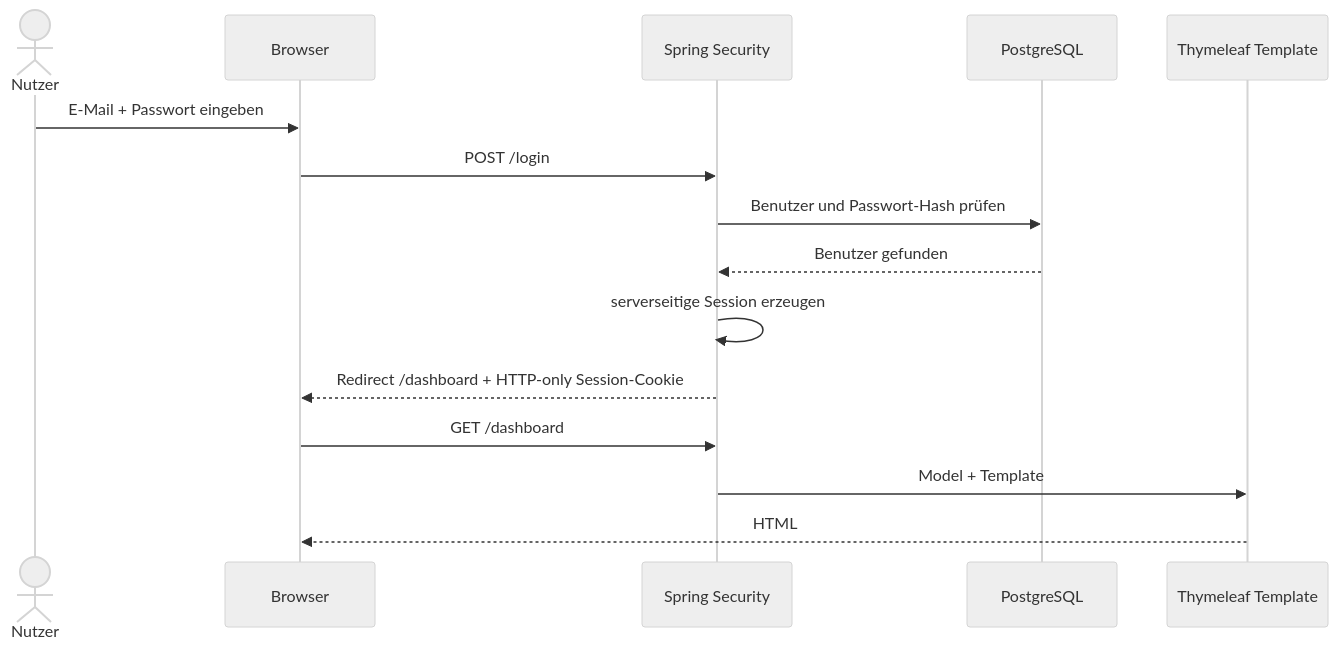
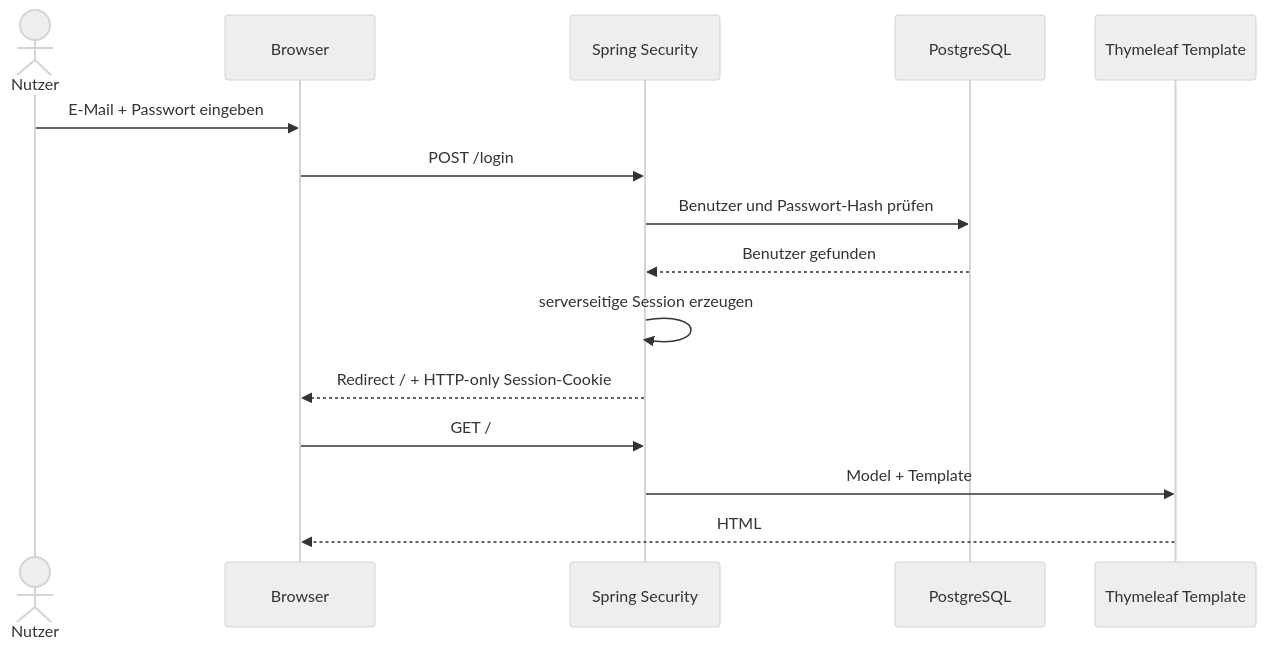
Before and after one commit to Bunyamin0101/WK_1106_CampusSplit: the second of 4 diagrams in Architektur/A08-cross-cutting-concepts.md, drawn with Mermaid (neutral theme). The commit also changed other lines of this file and 2 other files, not shown here.

Commit message:
docs(architecture): align building blocks and runtime with implementation

````diff
--- a/Architektur/A08-cross-cutting-concepts.md
+++ b/Architektur/A08-cross-cutting-concepts.md
@@ -81,18 +81,18 @@
 ```mermaid
 sequenceDiagram
     actor Nutzer
     participant Browser
     participant Security as Spring Security
     participant DB as PostgreSQL
     participant View as Thymeleaf Template
 
     Nutzer->>Browser: E-Mail + Passwort eingeben
     Browser->>Security: POST /login
     Security->>DB: Benutzer und Passwort-Hash prüfen
     DB-->>Security: Benutzer gefunden
     Security->>Security: serverseitige Session erzeugen
-    Security-->>Browser: Redirect /dashboard + HTTP-only Session-Cookie
-    Browser->>Security: GET /dashboard
+    Security-->>Browser: Redirect / + HTTP-only Session-Cookie
+    Browser->>Security: GET /
     Security->>View: Model + Template
     View-->>Browser: HTML
 ```
````
